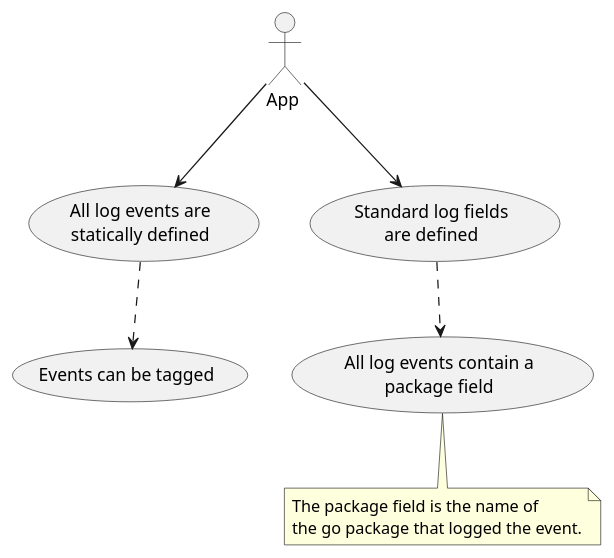
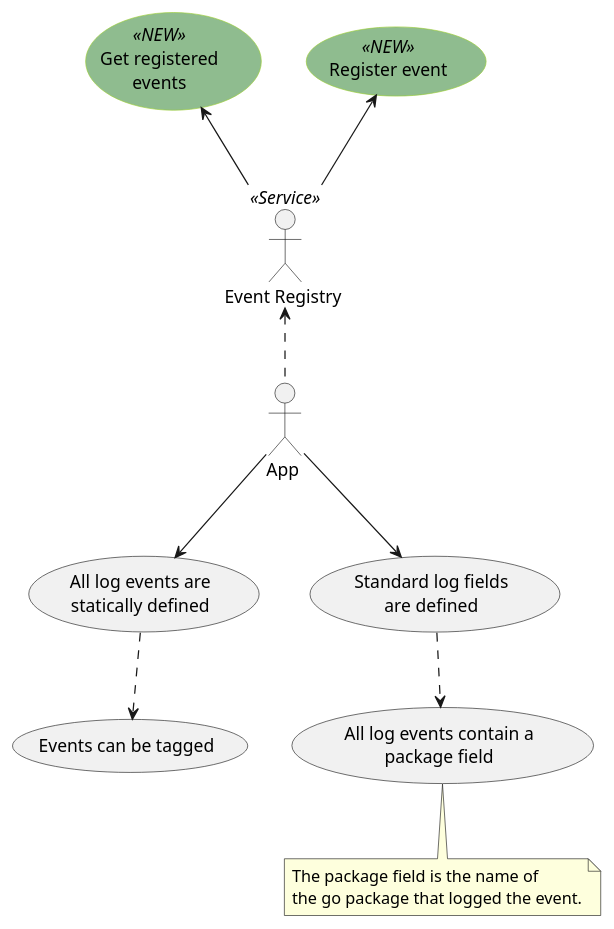
Before and after one commit to oysterpack/andiamo: the diagram in pkg/app/logging/usecases.puml, drawn with PlantUML. The commit also changed 14 other files, not shown here.

First line of the commit message:
Created new logging.EventRegistry

```diff
--- a/pkg/app/logging/usecases.puml
+++ b/pkg/app/logging/usecases.puml
@@ -1,25 +1,41 @@
 @startuml
+skinparam usecase {
+	BackgroundColor<< NEW >> DarkSeaGreen
+	BorderColor<< NEW >> YellowGreen
+}
 actor :App : as APP
+actor :Event Registry :as EVENT_REGISTRY <<Service>>
 
 usecase LOG_EVENT as "All log events are
 statically defined"
 
 usecase EVENT_TAGS as "Events can be tagged"
 
 usecase PACKAGE_LOGGER as "All log events contain a
 package field"
 
 note bottom of PACKAGE_LOGGER {
 The package field is the name of
 the go package that logged the event.
 }
 
 usecase STD_LOG_FIELDS as "Standard log fields
 are defined"
 
 APP --> LOG_EVENT
 APP --> STD_LOG_FIELDS
+APP .up.> EVENT_REGISTRY
 
 STD_LOG_FIELDS ..> PACKAGE_LOGGER
 LOG_EVENT ..> EVENT_TAGS
+
+usecase REGISTER_EVENT << NEW >> as "Register event"
+
+usecase LIST_EVENTS << NEW >> as "
+Get registered
+events"
+
+EVENT_REGISTRY -up-> REGISTER_EVENT
+EVENT_REGISTRY -up-> LIST_EVENTS
+
 @enduml
```
